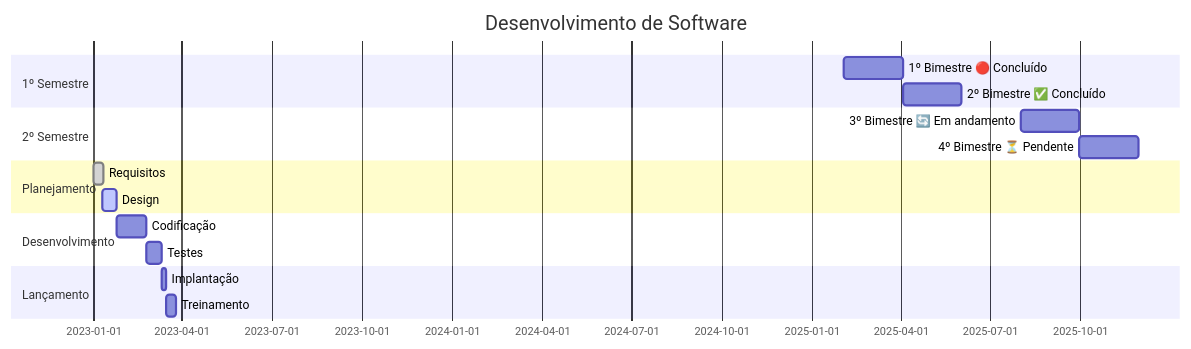
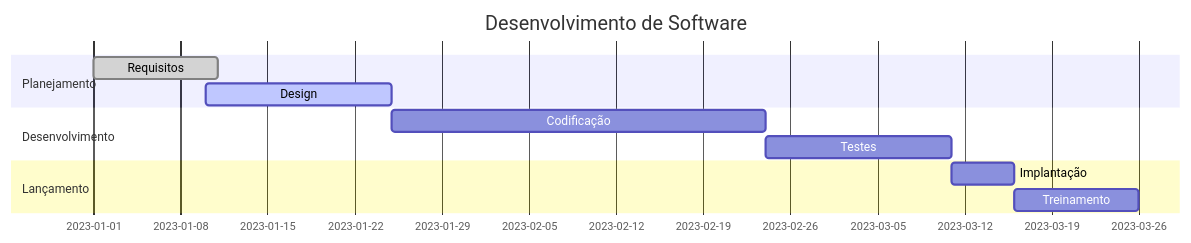
The first of 3 diagrams in README.md (ramtrigodev/grafico_gant), drawn with Mermaid before and after one commit.

````diff
--- a/README.md
+++ b/README.md
@@ -2,32 +2,22 @@
 ```mermaid
     gantt
-    title Exemplo de Gráfico de Gantt
-    dateFormat  YYYY-MM-DD
-
-    section 1º Semestre
-    1º Bimestre 🔴 Concluído       :a1, 2025-02-02, 60d
-    2º Bimestre ✅ Concluído       :a2, after a1, 60d
-
-    section 2º Semestre
-    3º Bimestre 🔄 Em andamento    :a3, 2025-08-01, 60d
-    4º Bimestre ⏳ Pendente        :a4, after a3, 60d
 
     title Desenvolvimento de Software
     dateFormat  YYYY-MM-DD
     
     section Planejamento
     Requisitos      :done, req, 2023-01-01, 10d
     Design          :active, des, 2023-01-10, 15d
     
     section Desenvolvimento
     Codificação     :dev, 2023-01-25, 30d
     Testes          :test, after dev, 15d
     
     section Lançamento
     Implantação     :dep, after test, 5d
     Treinamento     :tra, after dep, 10d
 
 
 
   
 ```
````
